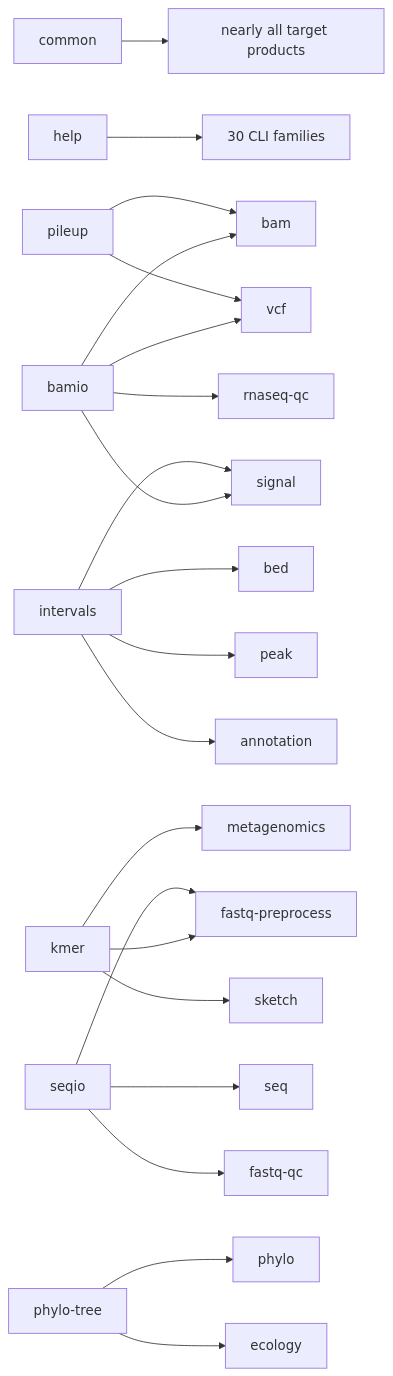
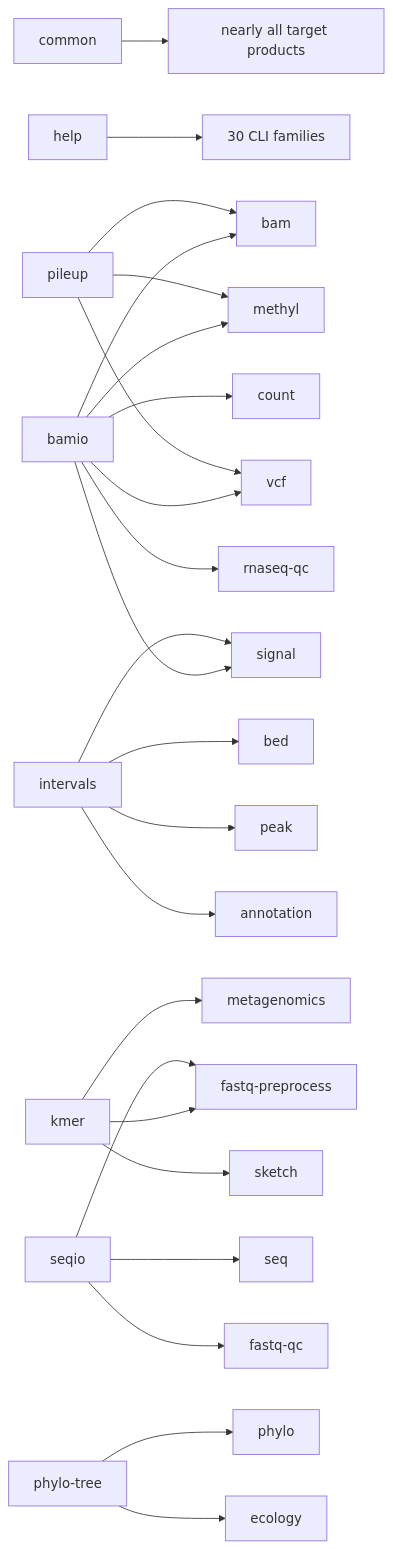
Before and after one commit to omics-rust/rsomics-world: the diagram in docs/00-overview/portfolio-reconstruction.md, drawn with Mermaid. The commit also changed other lines of this file and 4 other files, not shown here.

````diff
--- a/docs/00-overview/portfolio-reconstruction.md
+++ b/docs/00-overview/portfolio-reconstruction.md
@@ -188,23 +188,26 @@
 ```mermaid
 flowchart LR
     common["common"] --> products["nearly all target products"]
     help["help"] --> cli["30 CLI families"]
     bamio["bamio"] --> bam["bam"]
+    bamio --> count["count"]
+    bamio --> methyl["methyl"]
     bamio --> signal["signal"]
     bamio --> rnaqc["rnaseq-qc"]
     bamio --> vcf["vcf"]
     intervals["intervals"] --> bed["bed"]
     intervals --> signal
     intervals --> peak["peak"]
     intervals --> annotation["annotation"]
     kmer["kmer"] --> fastq["fastq-preprocess"]
     kmer --> meta["metagenomics"]
     kmer --> sketch["sketch"]
     seqio["seqio"] --> seq["seq"]
     seqio --> fastq
     seqio --> fastqqc["fastq-qc"]
     tree["phylo-tree"] --> phylo["phylo"]
     tree --> ecology["ecology"]
     pileup["pileup"] --> bam
+    pileup --> methyl
     pileup --> vcf
 ```
````
